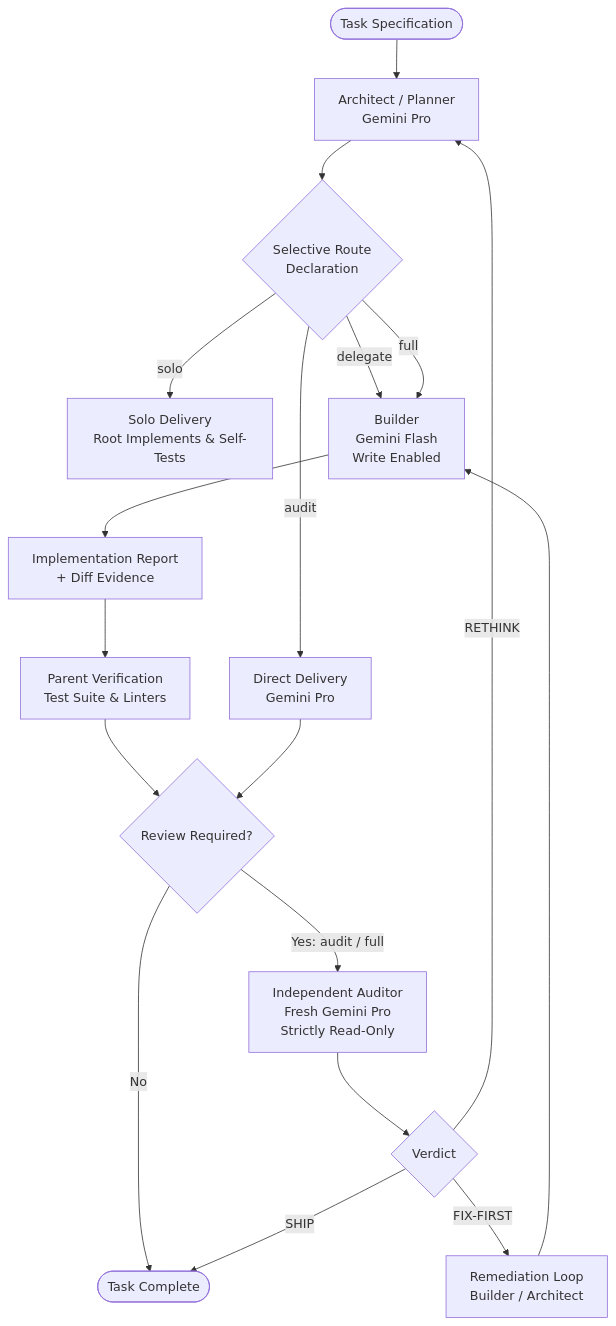
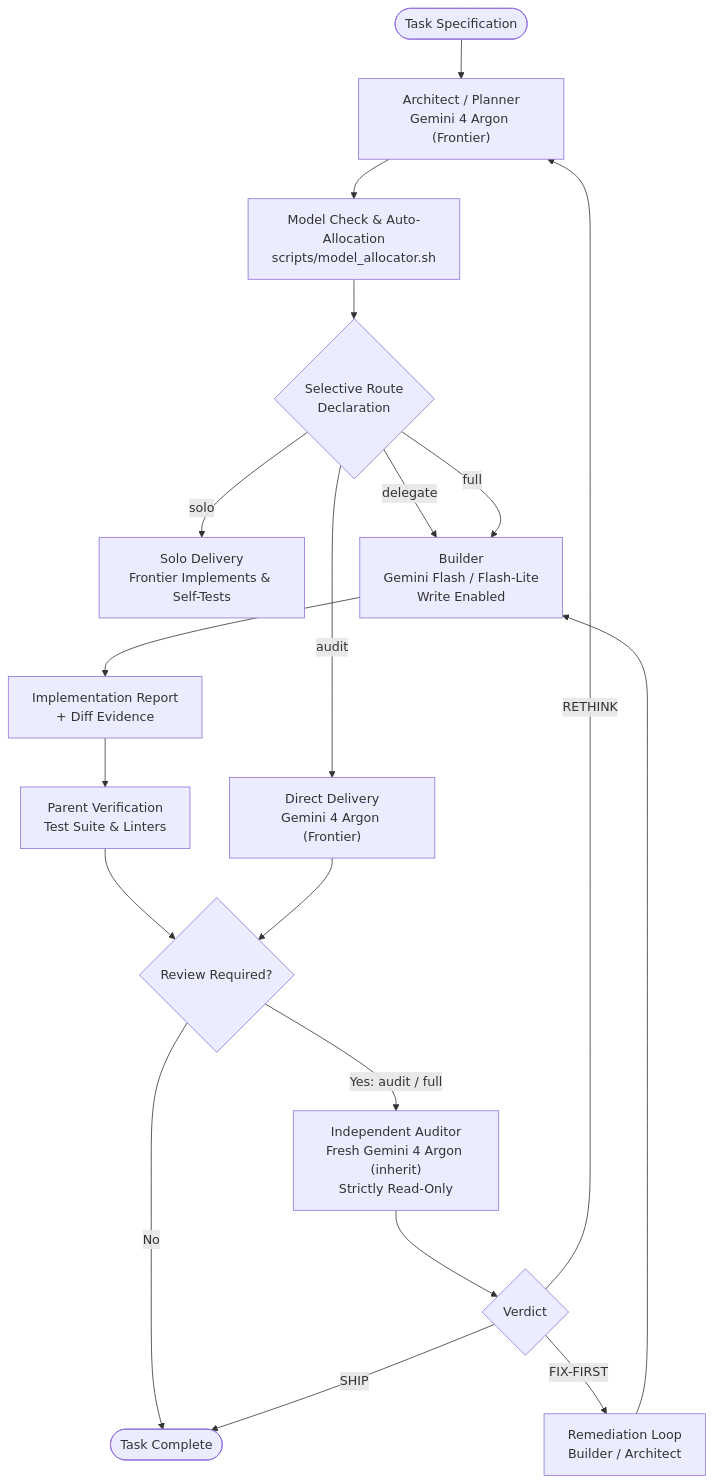
Before and after one commit to Norbert-Brett/gemini-advisor: the diagram in README.md, drawn with Mermaid. The commit also changed other lines of this file and 15 other files, not shown here.

Commit message:
feat: add dynamic Frontier-to-Execution model allocator and Gemini 4 Argon support (v0.2.0)

````diff
--- a/README.md
+++ b/README.md
@@ -19,25 +19,26 @@
 ```mermaid
 flowchart TD
-    User([Task Specification]) --> Architect[Architect / Planner\nGemini Pro]
-    Architect --> RouteDecision{Selective Route\nDeclaration}
+    User(["Task Specification"]) --> Architect["Architect / Planner\nGemini 4 Argon (Frontier)"]
+    Architect --> ModelCheck["Model Check & Auto-Allocation\nscripts/model_allocator.sh"]
+    ModelCheck --> RouteDecision{"Selective Route\nDeclaration"}
 
-    RouteDecision -->|solo| SoloDelivery[Solo Delivery\nRoot Implements & Self-Tests]
-    RouteDecision -->|delegate| FlashBuilder[Builder\nGemini Flash\nWrite Enabled]
-    RouteDecision -->|audit| ProDirect[Direct Delivery\nGemini Pro]
+    RouteDecision -->|solo| SoloDelivery["Solo Delivery\nFrontier Implements & Self-Tests"]
+    RouteDecision -->|delegate| FlashBuilder["Builder\nGemini Flash / Flash-Lite\nWrite Enabled"]
+    RouteDecision -->|audit| DirectDelivery["Direct Delivery\nGemini 4 Argon (Frontier)"]
     RouteDecision -->|full| FlashBuilder
 
-    FlashBuilder --> ImplReport[Implementation Report\n+ Diff Evidence]
-    ImplReport --> ParentVerify[Parent Verification\nTest Suite & Linters]
+    FlashBuilder --> ImplReport["Implementation Report\n+ Diff Evidence"]
+    ImplReport --> ParentVerify["Parent Verification\nTest Suite & Linters"]
 
-    ParentVerify --> ReviewGate{Review Required?}
-    ProDirect --> ReviewGate
+    ParentVerify --> ReviewGate{"Review Required?"}
+    DirectDelivery --> ReviewGate
 
-    ReviewGate -->|No| Complete([Task Complete])
-    ReviewGate -->|Yes: audit / full| Auditor[Independent Auditor\nFresh Gemini Pro\nStrictly Read-Only]
+    ReviewGate -->|No| Complete(["Task Complete"])
+    ReviewGate -->|"Yes: audit / full"| Auditor["Independent Auditor\nFresh Gemini 4 Argon (inherit)\nStrictly Read-Only"]
 
-    Auditor --> AuditVerdict{Verdict}
+    Auditor --> AuditVerdict{"Verdict"}
     AuditVerdict -->|SHIP| Complete
-    AuditVerdict -->|FIX-FIRST| Remediation[Remediation Loop\nBuilder / Architect]
+    AuditVerdict -->|FIX-FIRST| Remediation["Remediation Loop\nBuilder / Architect"]
     Remediation --> FlashBuilder
     AuditVerdict -->|RETHINK| Architect
 ```
````
